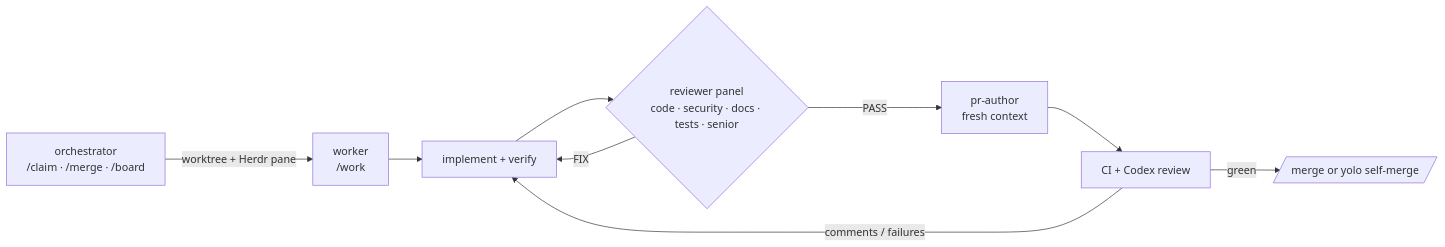
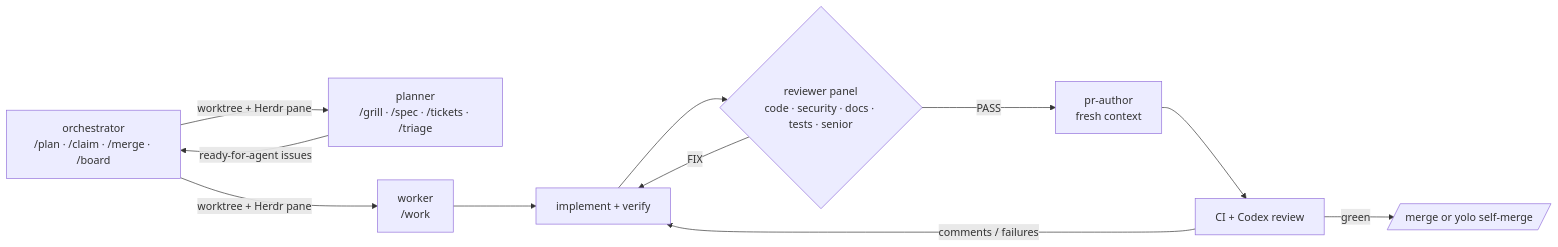
One commit to CalvinDittkrist/workflows changed the diagram in README.md. Above: the diagram before and after it, drawn with Mermaid. The commit also changed other lines of this file and 5 other files, not shown here.

````diff
--- a/README.md
+++ b/README.md
@@ -5,11 +5,13 @@
 ```mermaid
 flowchart LR
-  O[orchestrator<br/>/claim · /merge · /board] -->|worktree + Herdr pane| W[worker<br/>/work]
+  O[orchestrator<br/>/plan · /claim · /merge · /board] -->|worktree + Herdr pane| PL[planner<br/>/grill · /spec · /tickets · /triage]
+  PL -->|ready-for-agent issues| O
+  O -->|worktree + Herdr pane| W[worker<br/>/work]
   W --> I[implement + verify]
   I --> R{reviewer panel<br/>code · security · docs · tests · senior}
   R -->|FIX| I
   R -->|PASS| P[pr-author<br/>fresh context]
   P --> C[CI + Codex review]
   C -->|comments / failures| I
   C -->|green| M[/merge or yolo self-merge/]
 ```
````
